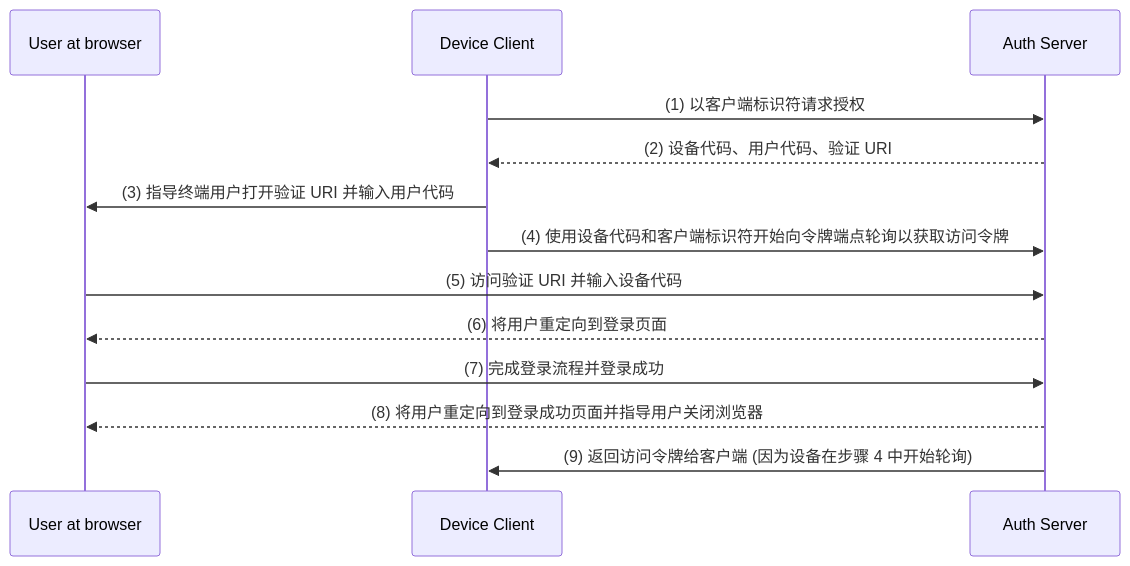
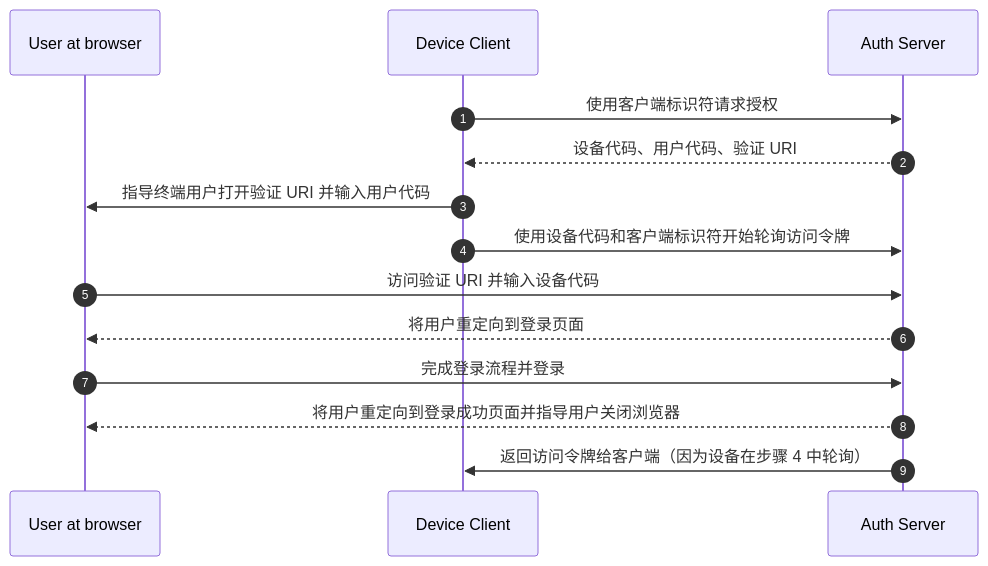
The diagram in src/content/terms/zh/device-flow.mdx (logto-io/auth-wiki), drawn with Mermaid before and after one commit. The commit also changed other lines of this file and 98 other files, not shown here.

````diff
--- a/src/content/terms/zh/device-flow.mdx
+++ b/src/content/terms/zh/device-flow.mdx
@@ -88,16 +90,17 @@
 ```mermaid
 sequenceDiagram
+	autonumber
 	participant User at browser
 	participant Device Client
 	participant Auth Server
 
-	Device Client ->> Auth Server: (1) 以客户端标识符请求授权
-	Auth Server -->> Device Client: (2) 设备代码、用户代码、验证 URI
-	Device Client ->> User at browser: (3) 指导终端用户打开验证 URI 并输入用户代码
-	Device Client ->> Auth Server: (4) 使用设备代码和客户端标识符开始向令牌端点轮询以获取访问令牌
-	User at browser ->> Auth Server: (5) 访问验证 URI 并输入设备代码
-	Auth Server -->> User at browser: (6) 将用户重定向到登录页面
-	User at browser ->> Auth Server: (7) 完成登录流程并登录成功
-	Auth Server -->> User at browser: (8) 将用户重定向到登录成功页面并指导用户关闭浏览器
-	Auth Server ->> Device Client: (9) 返回访问令牌给客户端 (因为设备在步骤 4 中开始轮询)
+	Device Client ->> Auth Server: 使用客户端标识符请求授权
+	Auth Server -->> Device Client: 设备代码、用户代码、验证 URI
+	Device Client ->> User at browser: 指导终端用户打开验证 URI 并输入用户代码
+	Device Client ->> Auth Server: 使用设备代码和客户端标识符开始轮询访问令牌
+	User at browser ->> Auth Server: 访问验证 URI 并输入设备代码
+	Auth Server -->> User at browser: 将用户重定向到登录页面
+	User at browser ->> Auth Server: 完成登录流程并登录
+	Auth Server -->> User at browser: 将用户重定向到登录成功页面并指导用户关闭浏览器
+	Auth Server ->> Device Client: 返回访问令牌给客户端（因为设备在步骤 4 中轮询）
 ```
````
